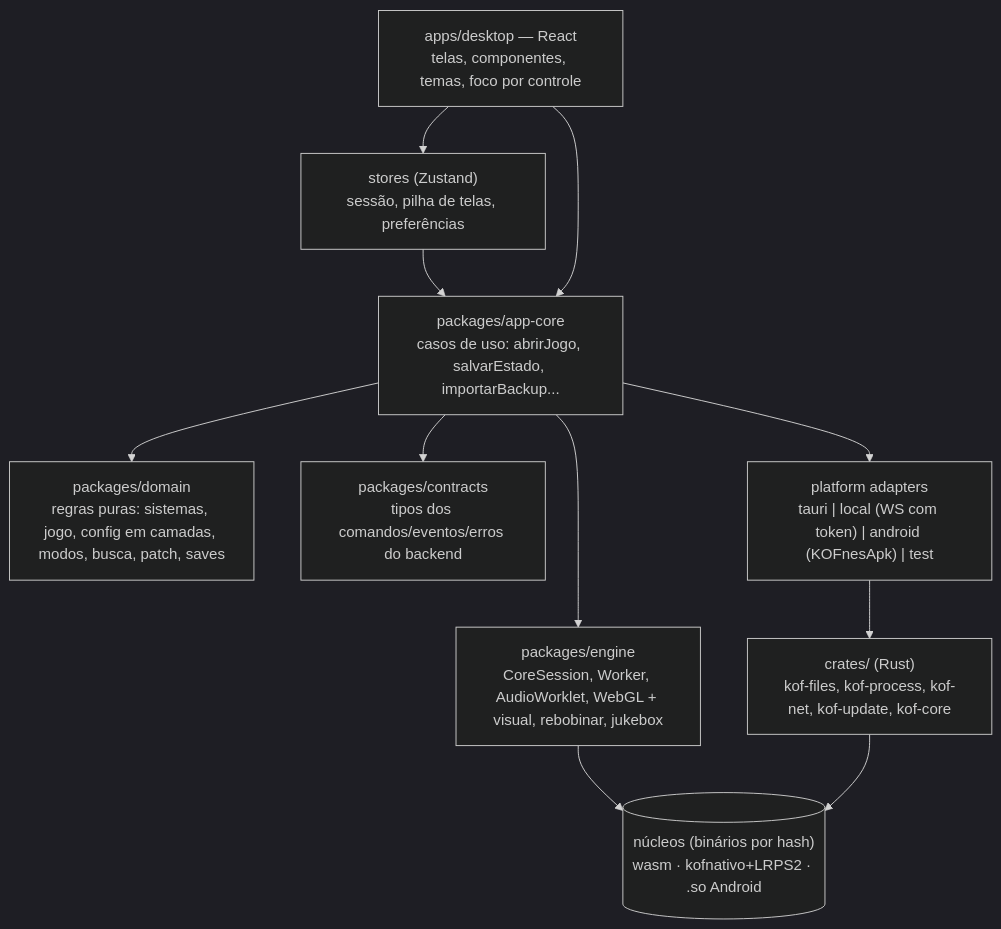
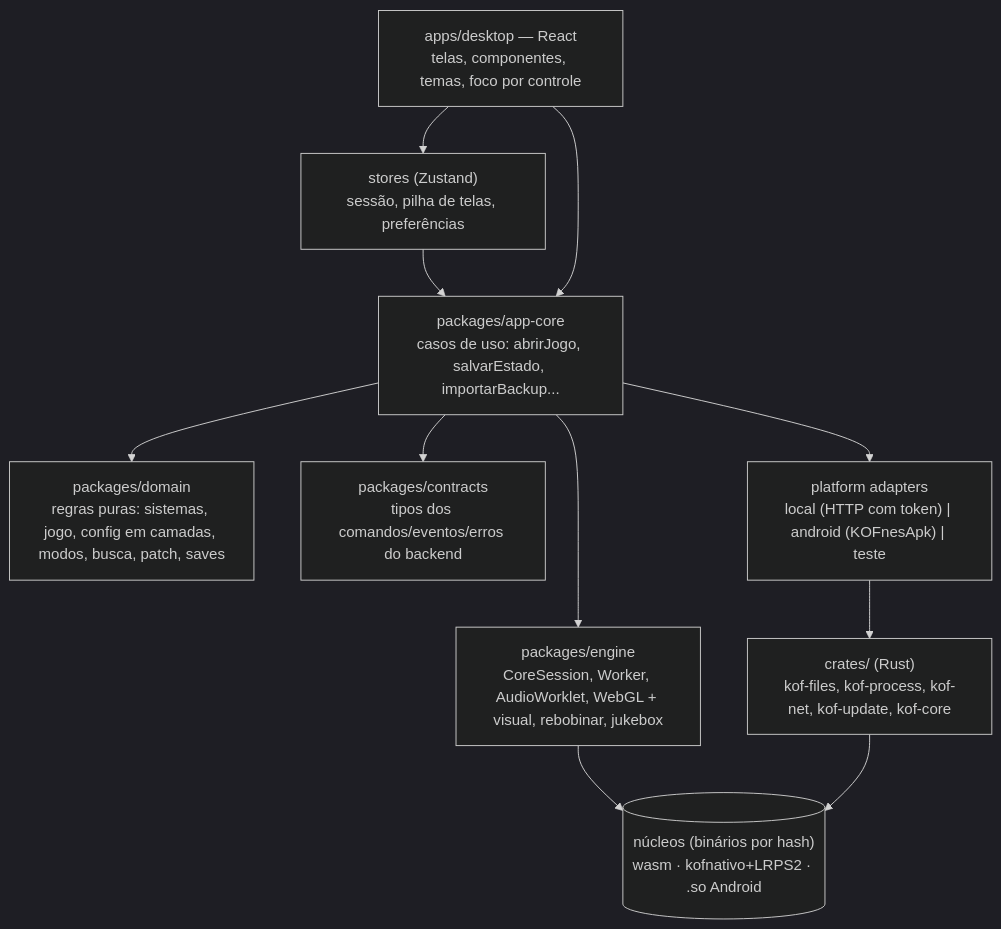
Before and after one commit to Marcelao98/KOFstation: the first of 2 diagrams in docs/ARCHITECTURE.md, drawn with Mermaid (dark theme).

Commit message:
ARCHITECTURE: diagrama sem o Tauri (D2)
Claude-Session: https://claude.ai/code/session_011TXopaU5zqyQocfjr7qCLR

````diff
--- a/docs/ARCHITECTURE.md
+++ b/docs/ARCHITECTURE.md
@@ -15,20 +15,20 @@
 ```mermaid
 flowchart TB
   UI["apps/desktop — React<br/>telas, componentes, temas, foco por controle"]
   ST["stores (Zustand)<br/>sessão, pilha de telas, preferências"]
   AC["packages/app-core<br/>casos de uso: abrirJogo, salvarEstado, importarBackup..."]
   DM["packages/domain<br/>regras puras: sistemas, jogo, config em camadas, modos, busca, patch, saves"]
   EN["packages/engine<br/>CoreSession, Worker, AudioWorklet, WebGL + visual, rebobinar, jukebox"]
   CT["packages/contracts<br/>tipos dos comandos/eventos/erros do backend"]
-  PL["platform adapters<br/>tauri | local (WS com token) | android (KOFnesApk) | test"]
+  PL["platform adapters<br/>local (HTTP com token) | android (KOFnesApk) | teste"]
   RS["crates/ (Rust)<br/>kof-files, kof-process, kof-net, kof-update, kof-core"]
   CO[("núcleos (binários por hash)<br/>wasm · kofnativo+LRPS2 · .so Android")]
   UI --> ST --> AC
   UI --> AC
   AC --> DM
   AC --> EN
   AC --> CT
   AC --> PL --> RS
   EN --> CO
   RS --> CO
 ```
````
